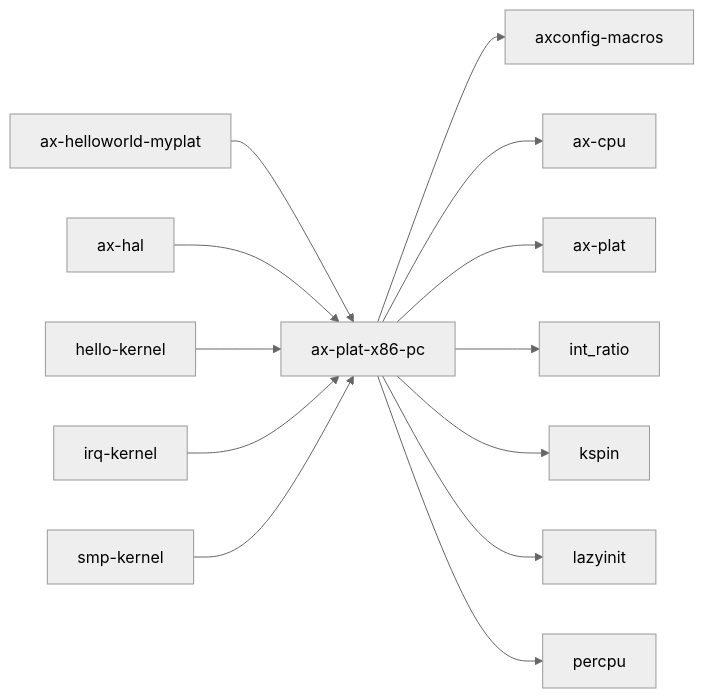
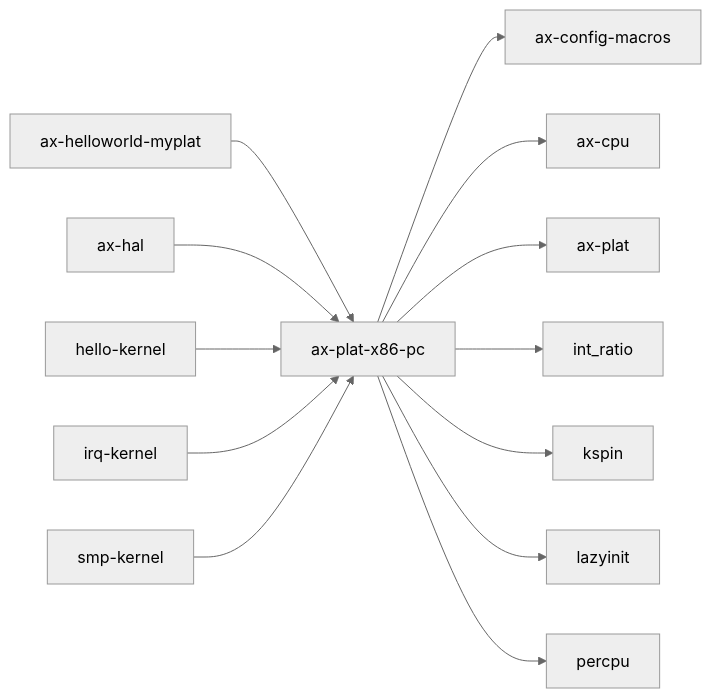
Before and after one commit to zKurisu/tgoskits: the third of 3 diagrams in docs/crates/ax-plat-x86-pc.md, drawn with Mermaid (neutral theme). The commit also changed other lines of this file and 75 other files, not shown here.

Commit message:
rename axconfig-macros to ax-config-macros

````diff
--- a/docs/crates/ax-plat-x86-pc.md
+++ b/docs/crates/ax-plat-x86-pc.md
@@ -238,16 +238,16 @@
 ```mermaid
 graph LR
     current["ax-plat-x86-pc"]
-    current --> axconfig_macros["axconfig-macros"]
+    current --> axconfig_macros["ax-config-macros"]
     current --> ax-cpu["ax-cpu"]
     current --> axplat["ax-plat"]
     current --> int_ratio["int_ratio"]
     current --> kspin["kspin"]
     current --> lazyinit["lazyinit"]
     current --> percpu["percpu"]
     arceos_helloworld_myplat["ax-helloworld-myplat"] --> current
     ax-hal["ax-hal"] --> current
     hello_kernel["hello-kernel"] --> current
     irq_kernel["irq-kernel"] --> current
     smp_kernel["smp-kernel"] --> current
 ```
````
